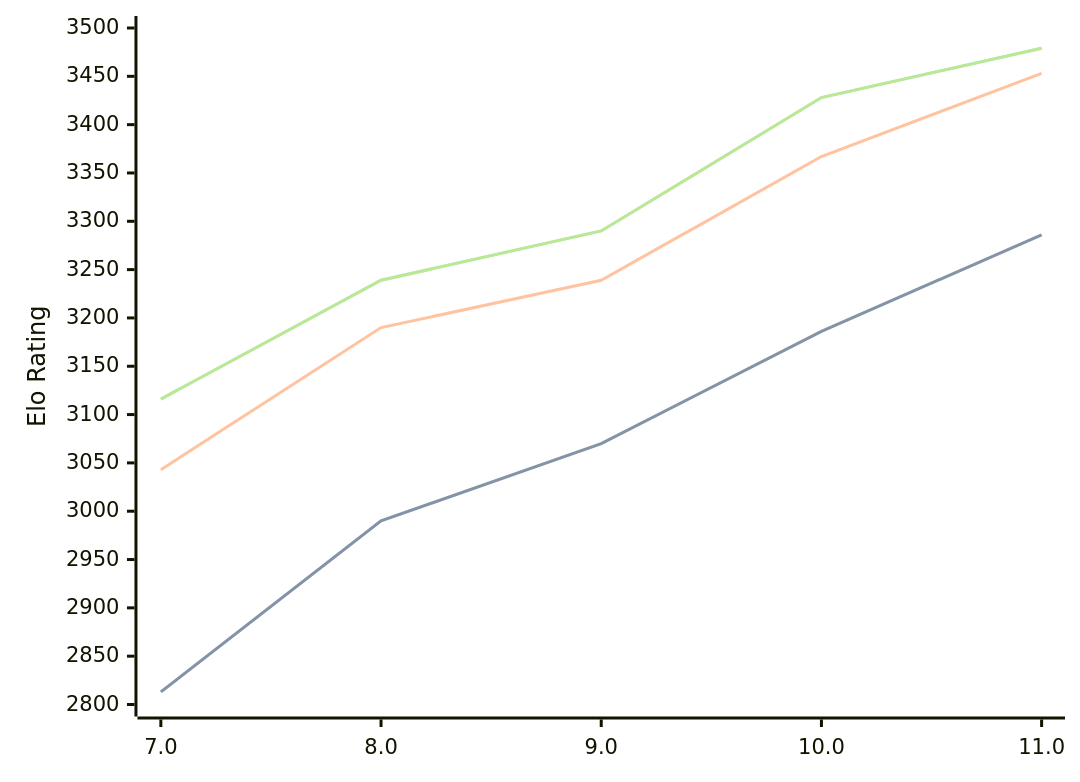
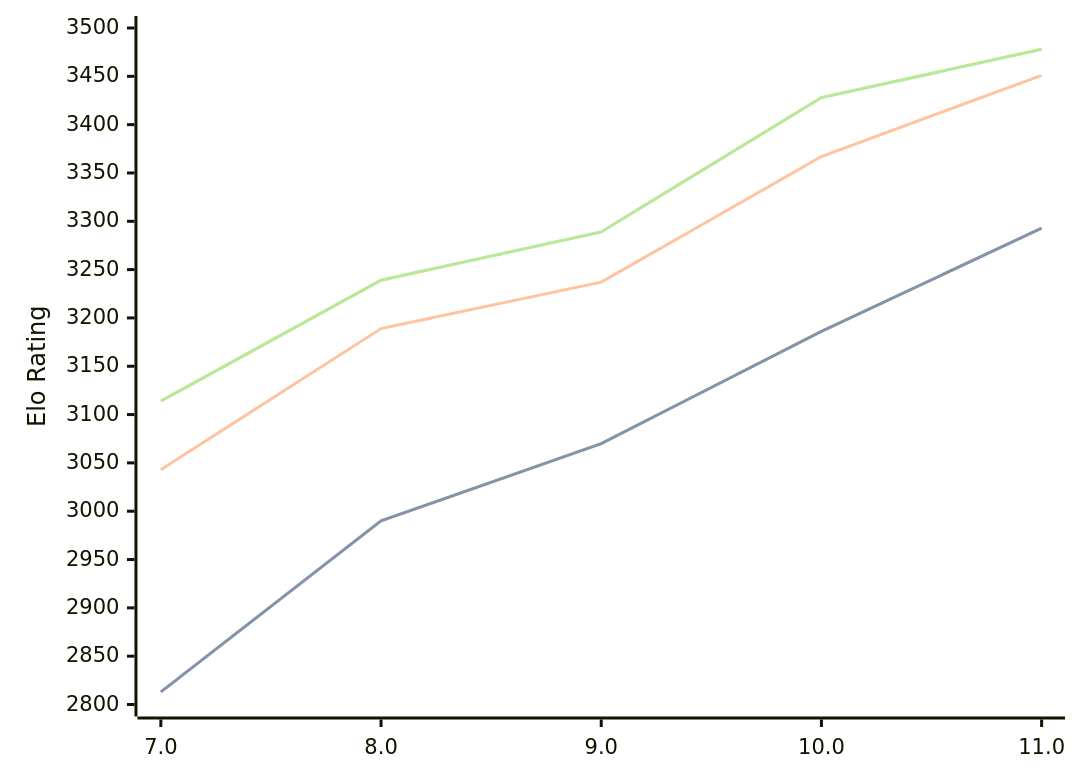
Before and after one commit to computer-chess-index/cci: the diagram in engines/Tcheran.md, drawn with Mermaid. The commit also changed other lines of this file, not shown here.

Commit message:
Update CCI Ratings (ELO VLTC) - 2026-03-01

````diff
--- a/engines/Tcheran.md
+++ b/engines/Tcheran.md
@@ -47,11 +47,11 @@
 ```mermaid
 %%{init: {"theme":"base","themeVariables":{"seriesColors:['#a3a3a3','#222221','#faa371']}}}%%
 xychart-beta
   x-axis ["7.0", "8.0", "9.0", "10.0", "11.0"]
   y-axis "Elo Rating" 2800 --> 3500
-  line "STC (8.0+0.08s)" [2813, 2990, 3070, 3186, 3286]
-  line "STC (8.0+0.08s)" [2813, 2990, 3070, 3186, 3286]
-  line "LTC (60.0+0.60s)" [3043, 3190, 3239, 3367, 3453]
-  line "VLTC (2m24s+1.12s)" [3116, 3239, 3290, 3428, 3479]
-  line "VLTC (2m24s+1.12s)" [3116, 3239, 3290, 3428, 3479]
+  line "STC (8.0+0.08s)" [2813, 2990, 3070, 3186, 3293]
+  line "STC (8.0+0.08s)" [2813, 2990, 3070, 3186, 3293]
+  line "LTC (60.0+0.60s)" [3043, 3189, 3237, 3367, 3451]
+  line "VLTC (2m24s+1.12s)" [3114, 3239, 3289, 3428, 3478]
+  line "VLTC (2m24s+1.12s)" [3114, 3239, 3289, 3428, 3478]
 ```
````
